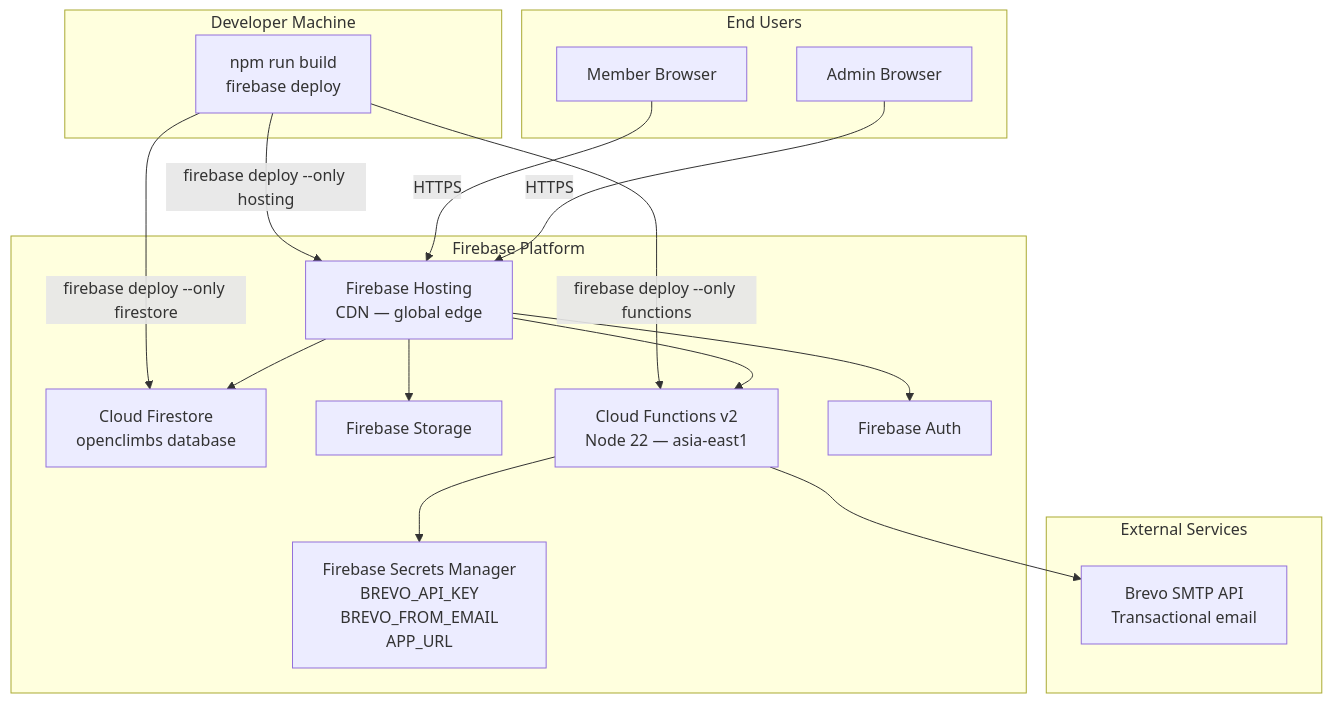
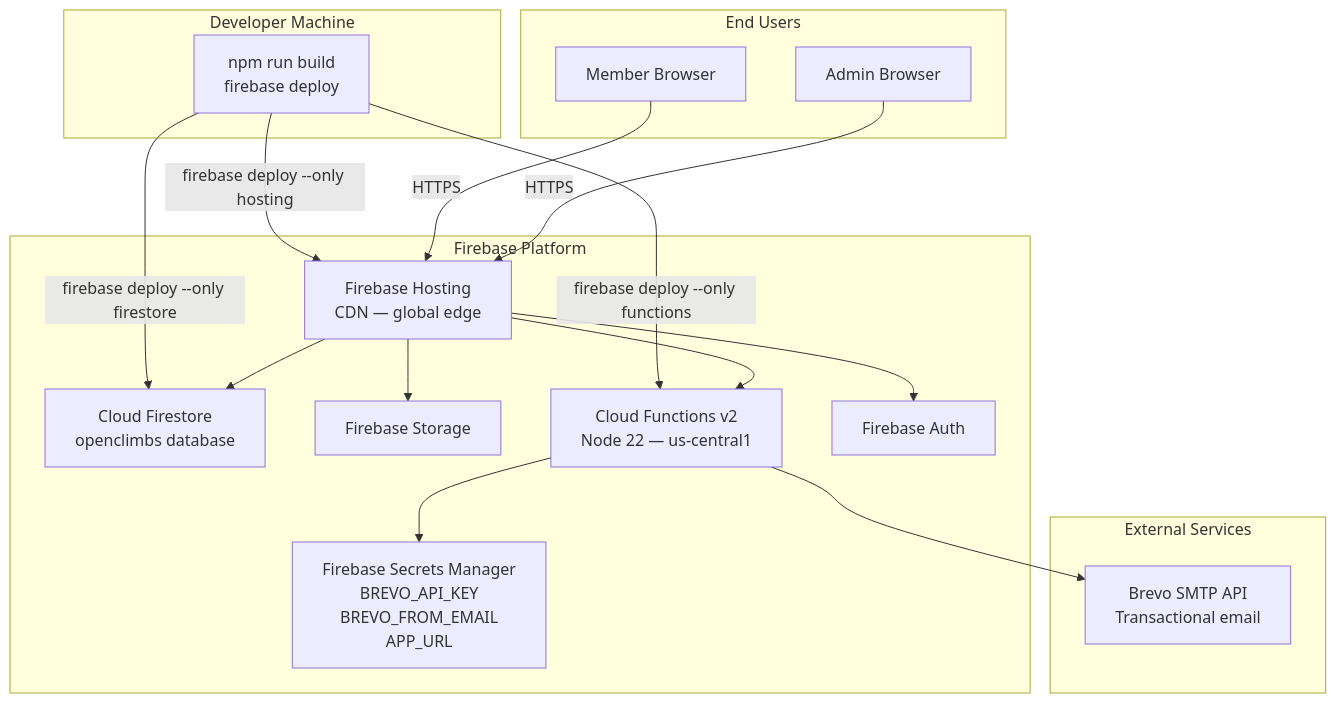
One commit to Oweeboi011/mms-open-climbs changed the first of 5 diagrams in docs/wiki/DEPLOYMENT.md. Above: the diagram before and after it, drawn with Mermaid. The commit also changed 5 other files, not shown here.

````diff
--- a/docs/wiki/DEPLOYMENT.md
+++ b/docs/wiki/DEPLOYMENT.md
@@ -36,37 +36,37 @@
 ```mermaid
 graph TB
     subgraph Developer["Developer Machine"]
         DEV["npm run build\nfirebase deploy"]
     end
 
     subgraph Firebase["Firebase Platform"]
         FH["Firebase Hosting\nCDN — global edge"]
         FS["Cloud Firestore\nopenclimbs database"]
         ST["Firebase Storage"]
-        CF["Cloud Functions v2\nNode 22 — asia-east1"]
+        CF["Cloud Functions v2\nNode 22 — us-central1"]
         FA["Firebase Auth"]
         SEC["Firebase Secrets Manager\nBREVO_API_KEY\nBREVO_FROM_EMAIL\nAPP_URL"]
     end
 
     subgraph External["External Services"]
         BV["Brevo SMTP API\nTransactional email"]
     end
 
     subgraph Users["End Users"]
         MB["Member Browser"]
         AB["Admin Browser"]
     end
 
     DEV -->|firebase deploy --only hosting| FH
     DEV -->|firebase deploy --only functions| CF
     DEV -->|firebase deploy --only firestore| FS
 
     MB -->|HTTPS| FH
     AB -->|HTTPS| FH
     FH --> FA
     FH --> FS
     FH --> ST
     FH --> CF
     CF --> SEC
     CF --> BV
 ```
````
